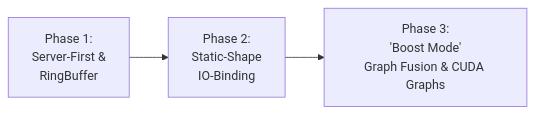
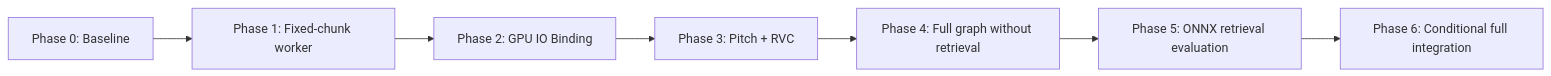
One commit to Maki-Daisuke/vcclient-forge changed the diagram in okf/server-first-architecture-and-static-pipeline-roadmap.md. Above: the diagram before and after it, drawn with Mermaid. The commit also changed other lines of this file and 9 other files, not shown here.

First line of the commit message:
docs(okf): clarify Forge architecture and modernization roadmap

````diff
--- a/okf/server-first-architecture-and-static-pipeline-roadmap.md
+++ b/okf/server-first-architecture-and-static-pipeline-roadmap.md
@@ -129,5 +202,9 @@
 ```mermaid
 flowchart LR
-    A["Phase 1:<br/>Server-First &<br/>RingBuffer"] --> B["Phase 2:<br/>Static-Shape<br/>IO-Binding"]
-    B --> C["Phase 3:<br/>'Boost Mode'<br/>Graph Fusion & CUDA Graphs"]
+   A["Phase 0: Baseline"] --> B["Phase 1: Fixed-chunk worker"]
+   B --> C["Phase 2: GPU IO Binding"]
+   C --> D["Phase 3: Pitch + RVC"]
+   D --> E["Phase 4: Full graph without retrieval"]
+   E --> F["Phase 5: ONNX retrieval evaluation"]
+   F --> G["Phase 6: Conditional full integration"]
 ```
````
